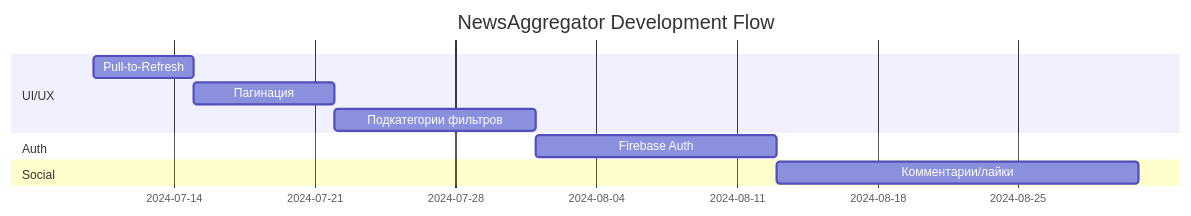
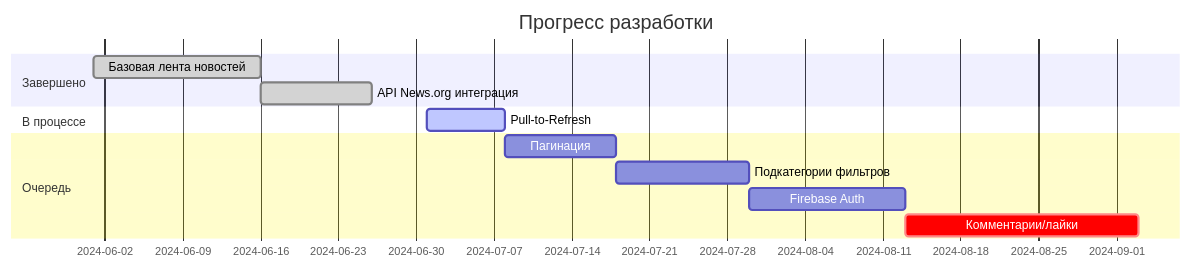
Before and after one commit to niksaen-official/NewsAggregator: the diagram in README.md, drawn with Mermaid. The commit also changed other lines of this file, not shown here.

````diff
--- a/README.md
+++ b/README.md
@@ -34,14 +34,16 @@
 ```mermaid
 gantt
-    title NewsAggregator Development Flow
+    title Прогресс разработки
     dateFormat  YYYY-MM-DD
-    todayMarker off
-    section UI/UX
-    Pull-to-Refresh          :ui1, 2024-07-10, 5d
-    Пагинация               :ui2, after ui1, 7d
-    Подкатегории фильтров   :ui3, after ui2, 10d
-    section Auth
-    Firebase Auth           :auth, after ui3, 12d
-    section Social
-    Комментарии/лайки      :soc, after auth, 18d
+    todayMarker stroke=#000, thickness=4px
+    section Завершено
+    Базовая лента новостей       :done,    task1, 2024-06-01, 15d
+    API News.org интеграция      :done,    task2, after task1, 10d
+    section В процессе
+    Pull-to-Refresh             :active,  task3, 2024-07-01, 7d
+    section Очередь
+    Пагинация                   :         task4, after task3, 10d
+    Подкатегории фильтров       :         task5, after task4, 12d
+    Firebase Auth               :         task6, after task5, 14d
+    Комментарии/лайки           :crit,    task7, after task6, 21d
 ```
````
